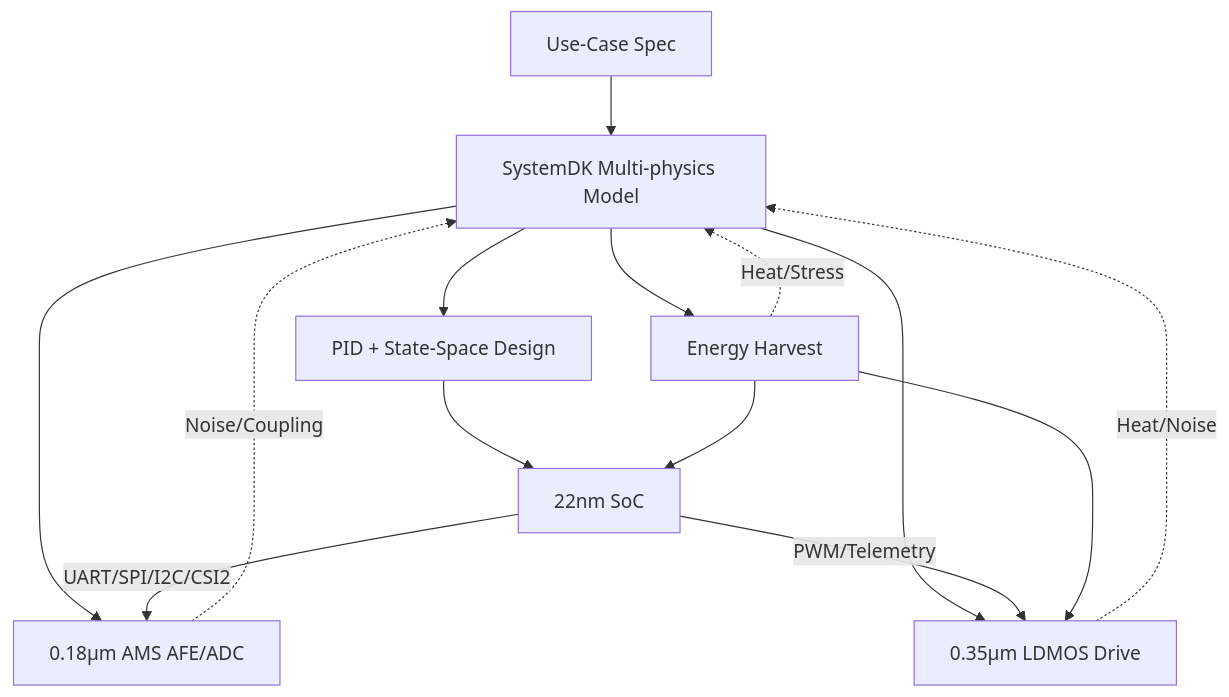
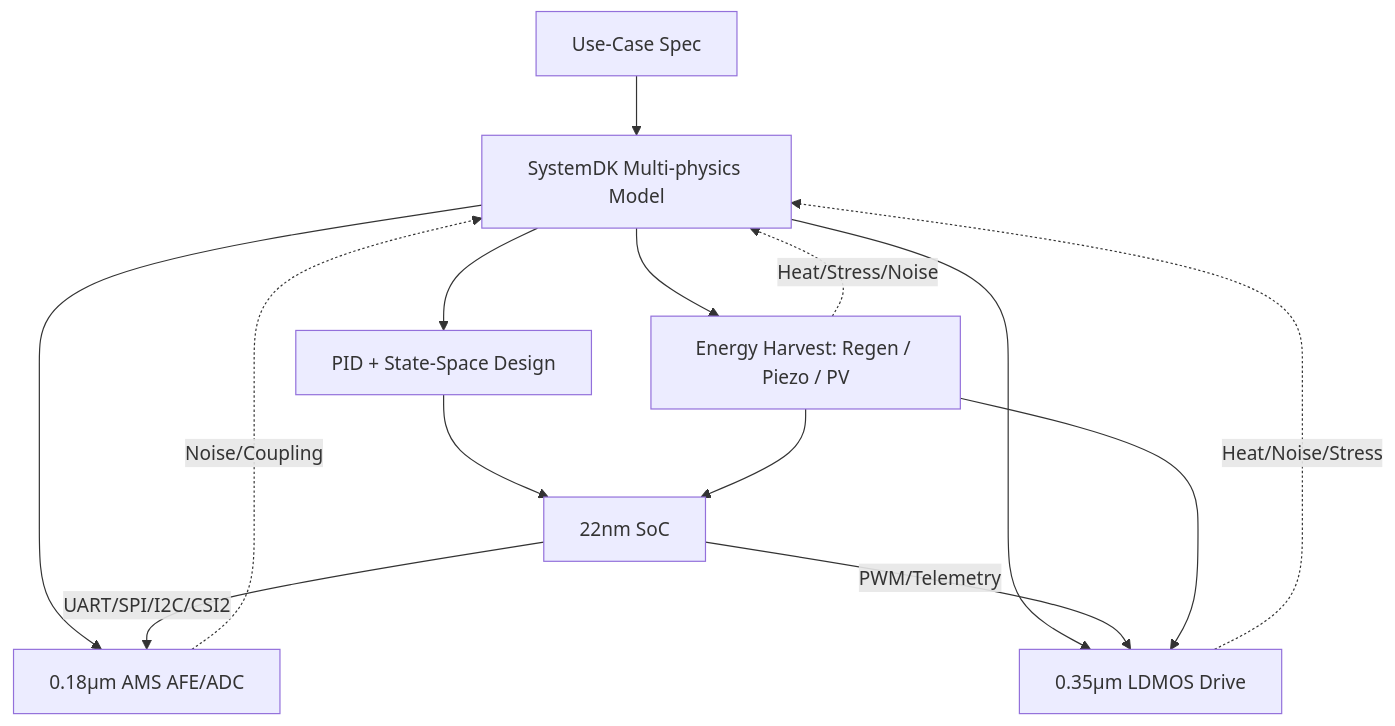
Before and after one commit to Samizo-AITL/AITL-H: the diagram in PoC/humanoid/index.md, drawn with Mermaid. The commit also changed other lines of this file, not shown here.

````diff
--- a/PoC/humanoid/index.md
+++ b/PoC/humanoid/index.md
@@ -63,16 +57,16 @@
 ```mermaid
 flowchart TB
   Spec[Use-Case Spec] --> Model[SystemDK Multi-physics Model]
   Model --> Ctrl[PID + State-Space Design]
   Ctrl --> RTL[22nm SoC]
   Model --> AMS[0.18µm AMS AFE/ADC]
   Model --> PWR[0.35µm LDMOS Drive]
-  Model --> Harvest[Energy Harvest]
+  Model --> Harvest[Energy Harvest: Regen / Piezo / PV]
   RTL -->|UART/SPI/I2C/CSI2| AMS
   RTL -->|PWM/Telemetry| PWR
   Harvest --> PWR
   Harvest --> RTL
-  PWR -.Heat/Noise.-> Model
+  PWR -.Heat/Noise/Stress.-> Model
   AMS -.Noise/Coupling.-> Model
-  Harvest -.Heat/Stress.-> Model
+  Harvest -.Heat/Stress/Noise.-> Model
 ```
````
